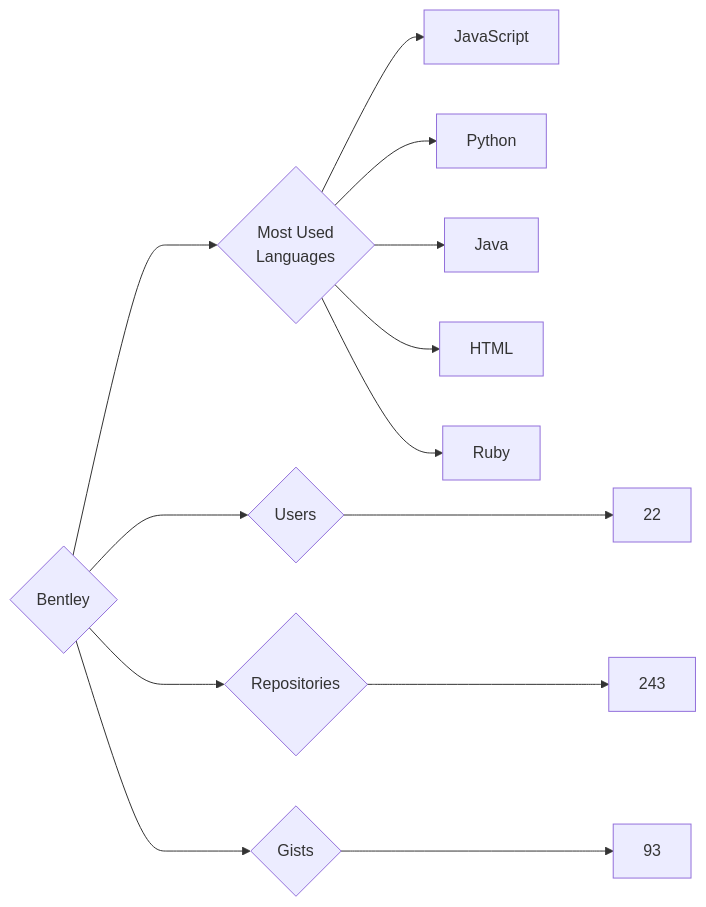
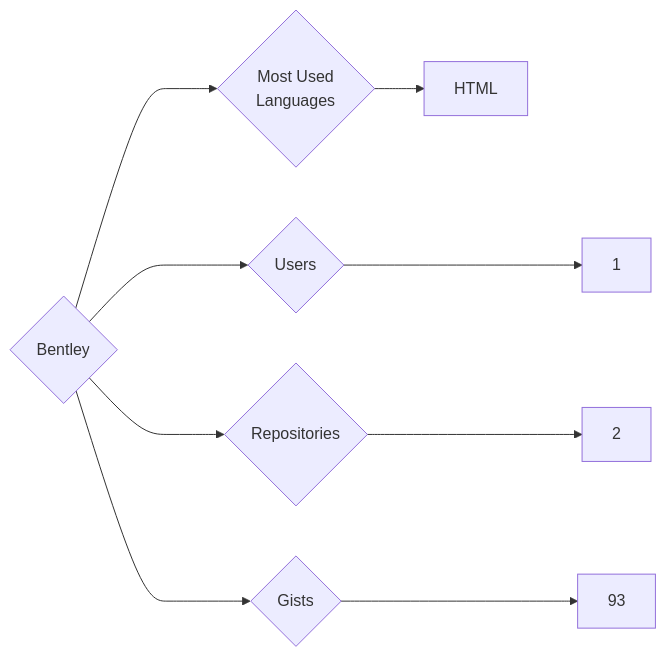
One commit to trickest/insiders changed the diagram in targets/Bentley/README.md. Above: the diagram before and after it, drawn with Mermaid. The commit also changed 894 other files, not shown here.

````diff
--- a/targets/Bentley/README.md
+++ b/targets/Bentley/README.md
@@ -3,13 +3,9 @@
 ```mermaid
 graph LR
 COMPANY_NAME{Bentley}
-COMPANY_NAME ---> U{Users} ---> UN[22]
-COMPANY_NAME ---> R{Repositories} ---> RN[243]
+COMPANY_NAME ---> U{Users} ---> UN[1]
+COMPANY_NAME ---> R{Repositories} ---> RN[2]
 COMPANY_NAME ---> G{Gists} ---> GN[93]
 COMPANY_NAME ---> ML{Most Used<br>Languages}
-ML --> JavaScript[JavaScript]
-ML --> Python[Python]
-ML --> Java[Java]
 ML --> HTML[HTML]
-ML --> Ruby[Ruby]
 ```
````
